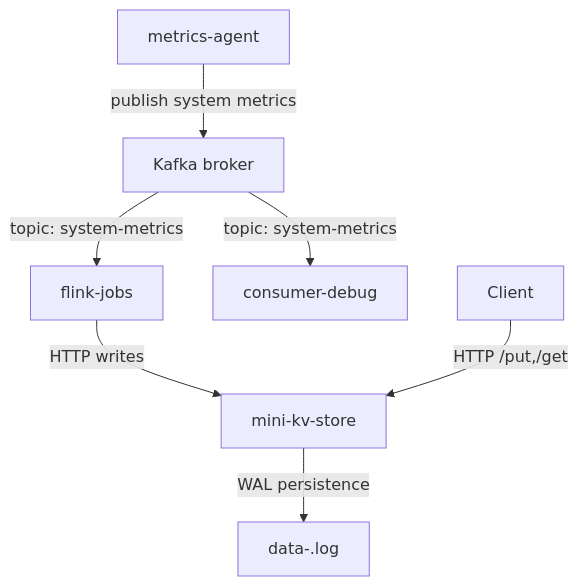
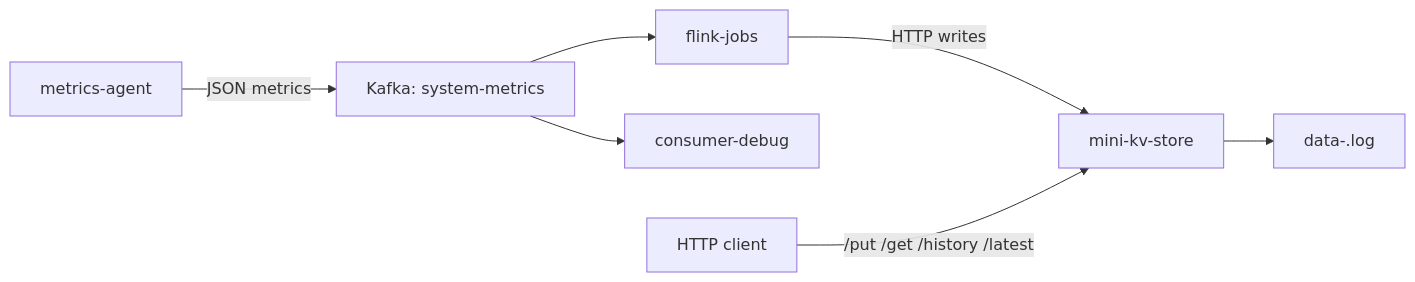
Before and after one commit to swati-manjunath/mini-distributed-data-platform: the diagram in README.md, drawn with Mermaid. The commit also changed other lines of this file and 11 other files, not shown here.

````diff
--- a/README.md
+++ b/README.md
@@ -32,9 +16,9 @@
 ```mermaid
-graph TB
-  MetricsAgent["metrics-agent"] -->|publish system metrics| Kafka["Kafka broker"]
-  Kafka -->|topic: system-metrics| Flink["flink-jobs"]
-  Flink -->|HTTP writes| KVStore["mini-kv-store"]
-  Kafka -->|topic: system-metrics| Consumer["consumer-debug"]
-  Client["Client"] -->|HTTP /put,/get| KVStore["mini-kv-store"]
-  KVStore -->|WAL persistence| WAL["data-<node-id>.log"]
+flowchart LR
+  Agent["metrics-agent"] -->|JSON metrics| Kafka["Kafka: system-metrics"]
+  Kafka --> Flink["flink-jobs"]
+  Flink -->|HTTP writes| Store["mini-kv-store"]
+  Kafka --> Debug["consumer-debug"]
+  Client["HTTP client"] -->|/put /get /history /latest| Store
+  Store --> WAL["data-<node-id>.log"]
 ```
````
